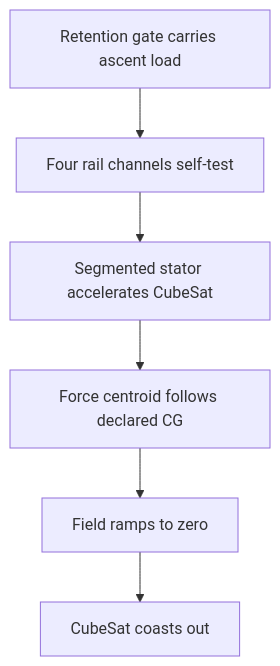
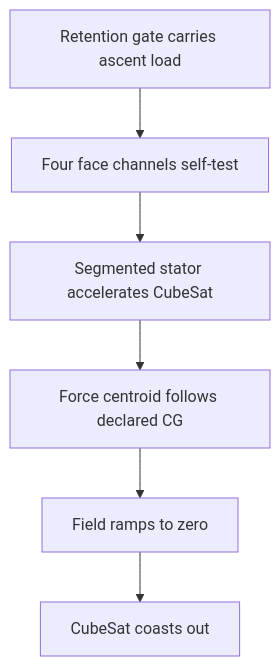
Before and after one commit to aaaaaaaaaaaavm/BOLLEY: the diagram in docs/CONCEPT.md, drawn with Mermaid. The commit also changed other lines of this file and 12 other files, not shown here.

````diff
--- a/docs/CONCEPT.md
+++ b/docs/CONCEPT.md
@@ -9,8 +9,8 @@
 ```mermaid
 flowchart TD
-    A["Retention gate carries ascent load"] --> B["Four rail channels self-test"]
+    A["Retention gate carries ascent load"] --> B["Four face channels self-test"]
     B --> C["Segmented stator accelerates CubeSat"]
     C --> D["Force centroid follows declared CG"]
     D --> E["Field ramps to zero"]
     E --> F["CubeSat coasts out"]
 ```
````
